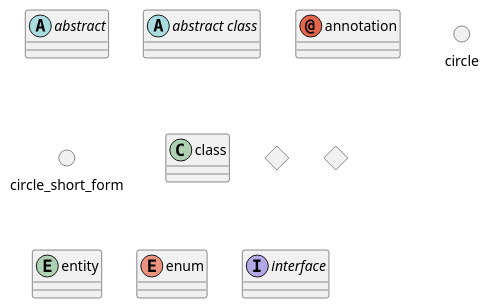
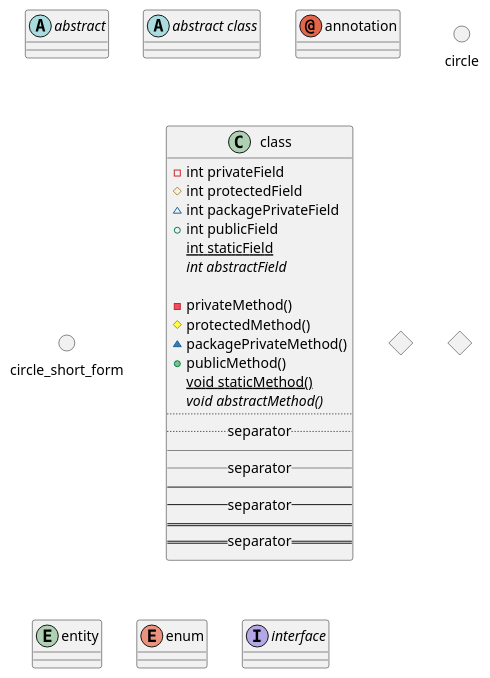
One commit to yzkn/PlantUML-CheatSheet changed the first of 5 diagrams in src/14-000-クラス図.md. Above: the diagram before and after it, drawn with PlantUML. The commit also changed other lines of this file, not shown here.

````diff
--- a/src/14-000-クラス図.md
+++ b/src/14-000-クラス図.md
@@ -3,19 +5,45 @@
 ```plantuml
 
 @startuml
 
 abstract        abstract
 abstract class  "abstract class"
 annotation      annotation
 circle          circle
 ()              circle_short_form
 class           class
 diamond         diamond
 <>              diamond_short_form
 entity          entity
 enum            enum
 interface       interface
 
+
+class class {
+    -int privateField
+    #int protectedField
+    ~int packagePrivateField
+    +int publicField
+    {static} int staticField
+    {abstract} int abstractField
+
+    ' skinparam classAttributeIconSize 0 でマークをつけない
+    -privateMethod()
+    #protectedMethod()
+    ~packagePrivateMethod()
+    +publicMethod()
+    {static} void staticMethod()
+    {abstract} void abstractMethod()
+    ..
+    .. separator ..
+    __
+    __ separator __
+    --
+    -- separator --
+    ==
+    == separator ==
+}
+
 @enduml
 
 ```
````
